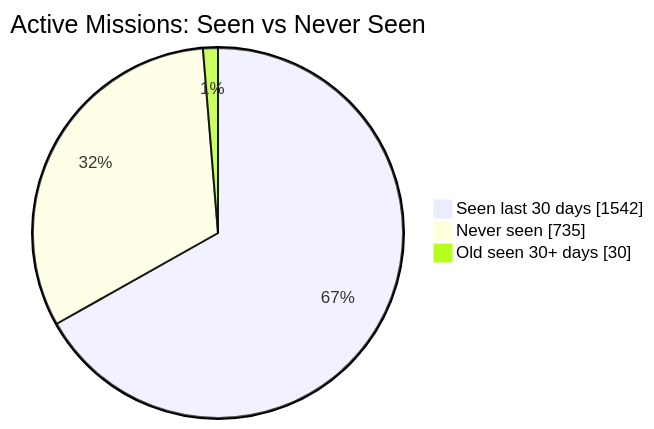
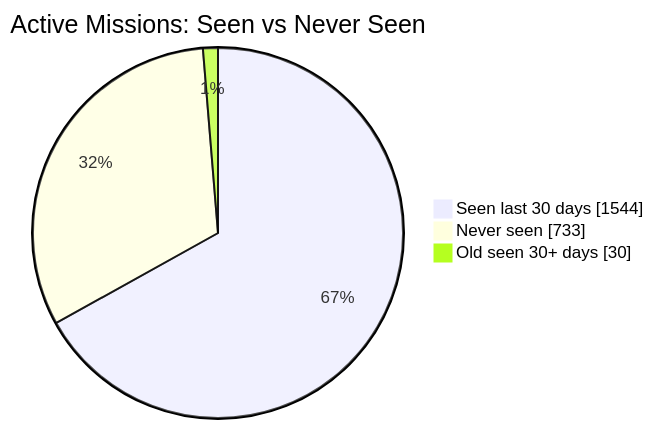
Before and after one commit to MeldkamerspelGameTeam/active-missions: the first of 2 diagrams in README.md, drawn with Mermaid. The commit also changed other lines of this file and 3 other files, not shown here.

````diff
--- a/README.md
+++ b/README.md
@@ -34,7 +34,7 @@
 ```mermaid
 pie showData
     title Active Missions: Seen vs Never Seen
-    "Seen last 30 days" : 1542
-    "Never seen" : 735
+    "Seen last 30 days" : 1544
+    "Never seen" : 733
     "Old seen 30+ days" : 30
 ```
````
